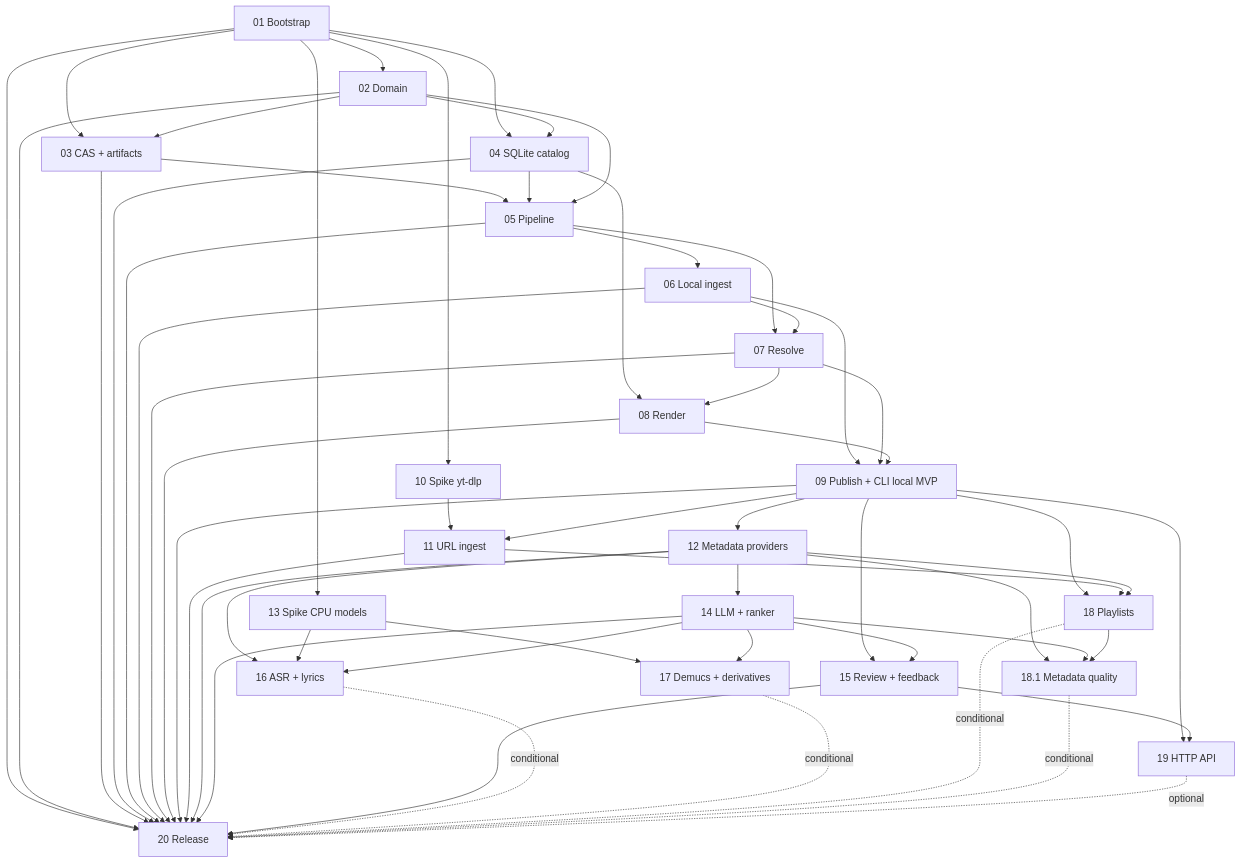
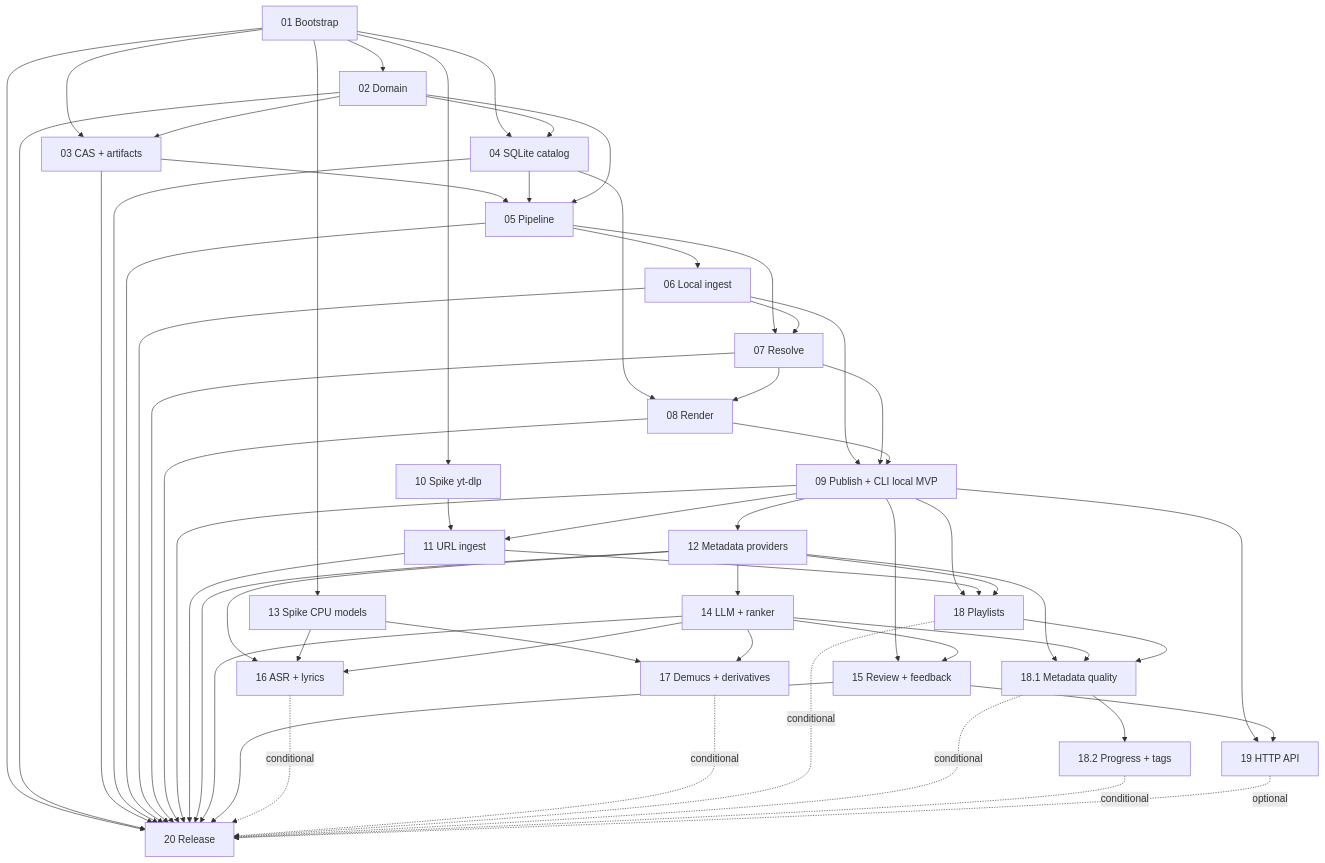
Before and after one commit to GidRadium/trackforge: the diagram in docs/plan/README.md, drawn with Mermaid. The commit also changed other lines of this file and 111 other files, not shown here.

First line of the commit message:
feat(collections): add live progress, metadata quality, and portable tags

````diff
--- a/docs/plan/README.md
+++ b/docs/plan/README.md
@@ -81,58 +82,60 @@
 ```mermaid
 flowchart TD
     P01[01 Bootstrap] --> P02[02 Domain]
     P01 --> P03[03 CAS + artifacts]
     P01 --> P04[04 SQLite catalog]
     P01 --> P10[10 Spike yt-dlp]
     P01 --> P13[13 Spike CPU models]
     P02 --> P03
     P02 --> P04
     P03 --> P05[05 Pipeline]
     P04 --> P05
     P02 --> P05
     P05 --> P06[06 Local ingest]
     P05 --> P07[07 Resolve]
     P06 --> P07
     P04 --> P08[08 Render]
     P07 --> P08
     P06 --> P09[09 Publish + CLI local MVP]
     P07 --> P09
     P08 --> P09
     P10 --> P11[11 URL ingest]
     P09 --> P11
     P09 --> P12[12 Metadata providers]
     P12 --> P14[14 LLM + ranker]
     P09 --> P15[15 Review + feedback]
     P14 --> P15
     P12 --> P16[16 ASR + lyrics]
     P13 --> P16
     P14 --> P16
     P13 --> P17[17 Demucs + derivatives]
     P14 --> P17
     P09 --> P18[18 Playlists]
     P11 --> P18
     P12 --> P18
     P12 --> P181[18.1 Metadata quality]
     P14 --> P181
     P18 --> P181
+    P181 --> P182[18.2 Progress + tags]
     P09 --> P19[19 HTTP API]
     P15 --> P19
     P01 --> P20[20 Release]
     P02 --> P20
     P03 --> P20
     P04 --> P20
     P05 --> P20
     P06 --> P20
     P07 --> P20
     P08 --> P20
     P09 --> P20
     P11 --> P20
     P12 --> P20
     P14 --> P20
     P15 --> P20
     P16 -. conditional .-> P20
     P17 -. conditional .-> P20
     P18 -. conditional .-> P20
     P181 -. conditional .-> P20
+    P182 -. conditional .-> P20
     P19 -. optional .-> P20
 ```
````
